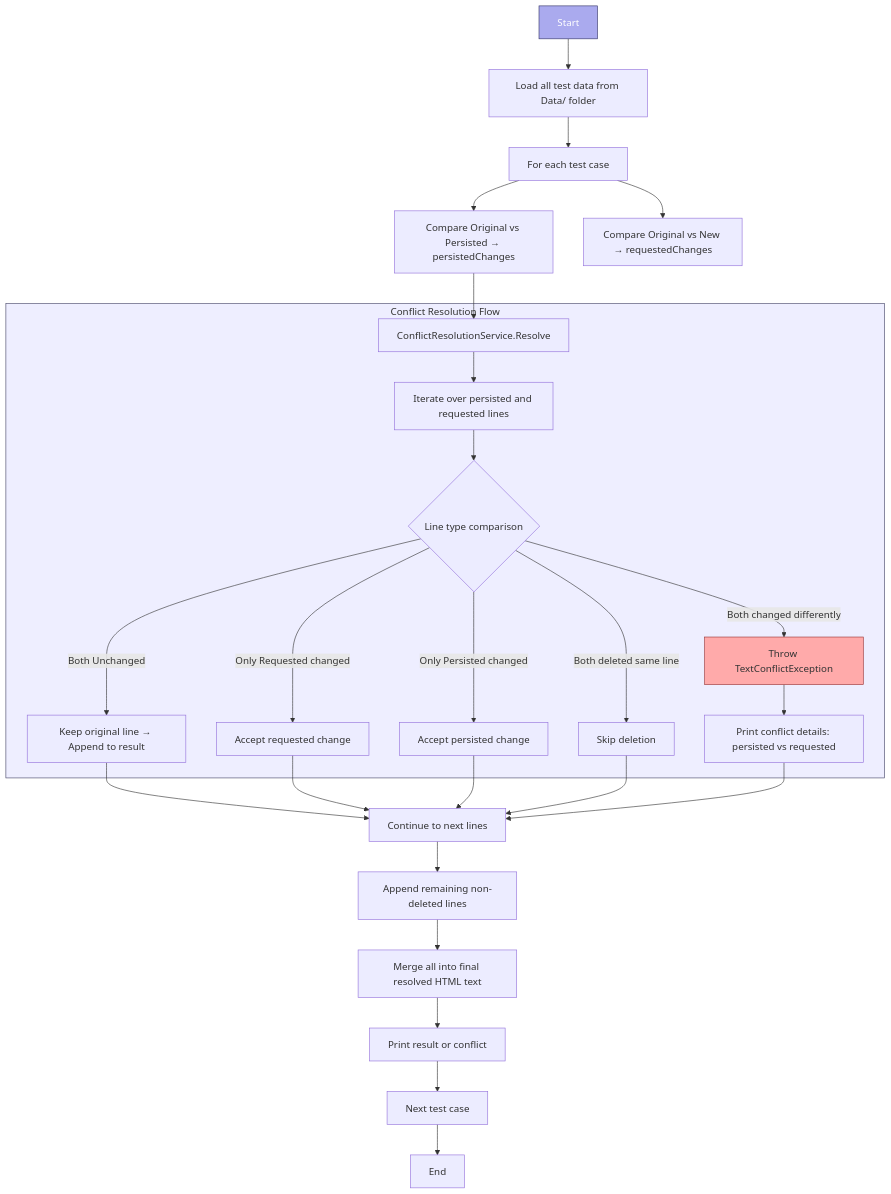
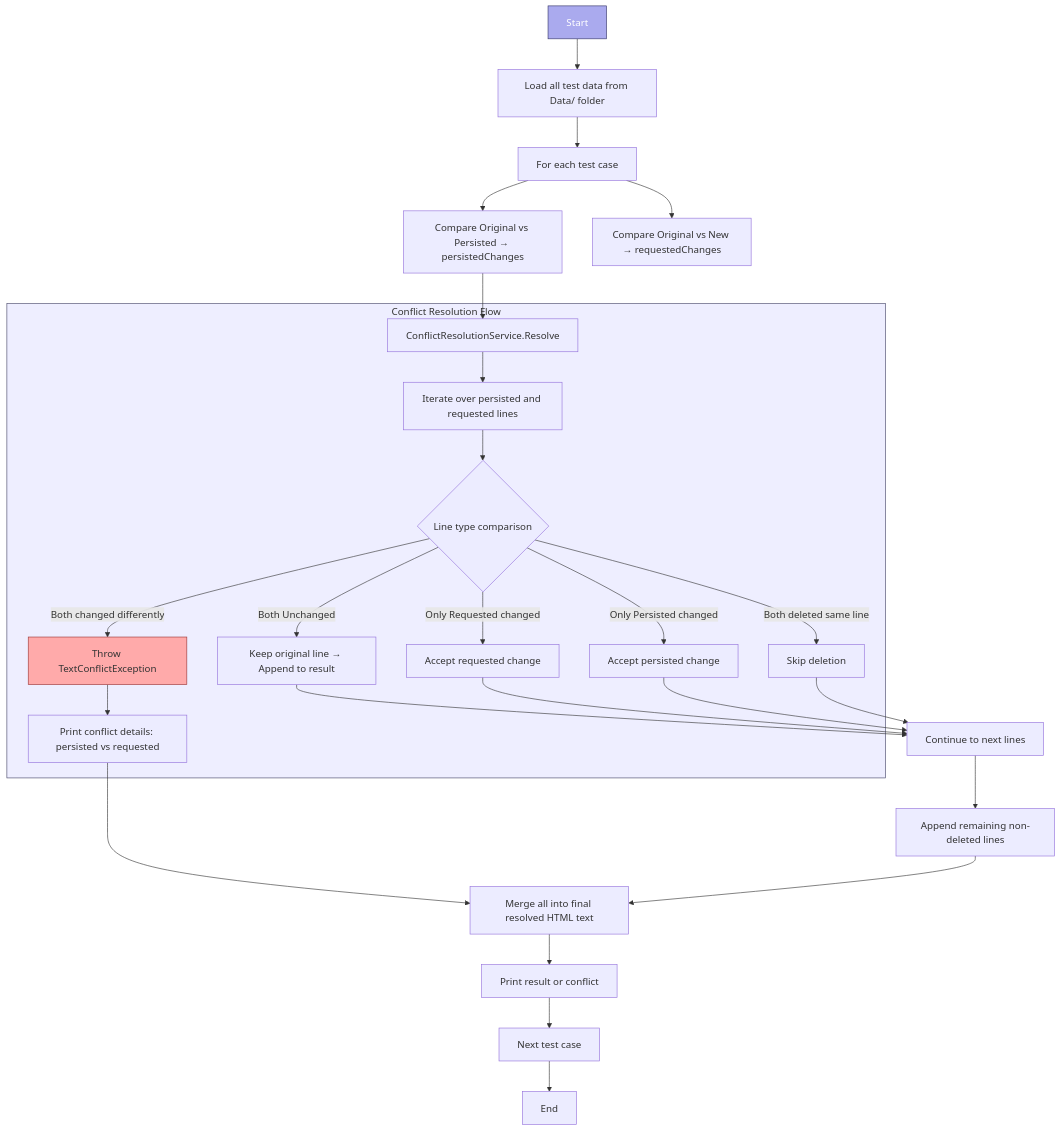
One commit to quocchungthan/conflict-resolution--dotnet changed the diagram in README.md. Above: the diagram before and after it, drawn with Mermaid.

````diff
--- a/README.md
+++ b/README.md
@@ -9,39 +9,39 @@
 ```mermaid
 flowchart TD
 
     A[Start] --> B[Load all test data from Data/ folder]
     B --> C[For each test case]
     C --> D[Compare Original vs Persisted → persistedChanges]
     C --> E[Compare Original vs New → requestedChanges]
     D --> F[ConflictResolutionService.Resolve]
 
     subgraph G[Conflict Resolution Flow]
         F --> G1[Iterate over persisted and requested lines]
         G1 --> G2{Line type comparison}
         
         G2 -->|Both Unchanged| G3[Keep original line → Append to result]
         G2 -->|Only Requested changed| G4[Accept requested change]
         G2 -->|Only Persisted changed| G5[Accept persisted change]
         G2 -->|Both changed differently| G6[Throw TextConflictException]
         G2 -->|Both deleted same line| G7[Skip deletion]
         
         G6 --> H[Print conflict details: persisted vs requested]
     end
 
     G3 --> I[Continue to next lines]
     G4 --> I
     G5 --> I
     G7 --> I
-    H --> I
+    H --> K
     I --> J[Append remaining non-deleted lines]
     J --> K[Merge all into final resolved HTML text]
 
     K --> L[Print result or conflict]
     L --> M[Next test case]
     M --> N[End]
 
     style A fill:#aae,stroke:#336,stroke-width:1px,color:#fff
     style G fill:#eef,stroke:#446,stroke-width:1px
     style G6 fill:#faa,stroke:#933,stroke-width:1px
 
 ```
````
